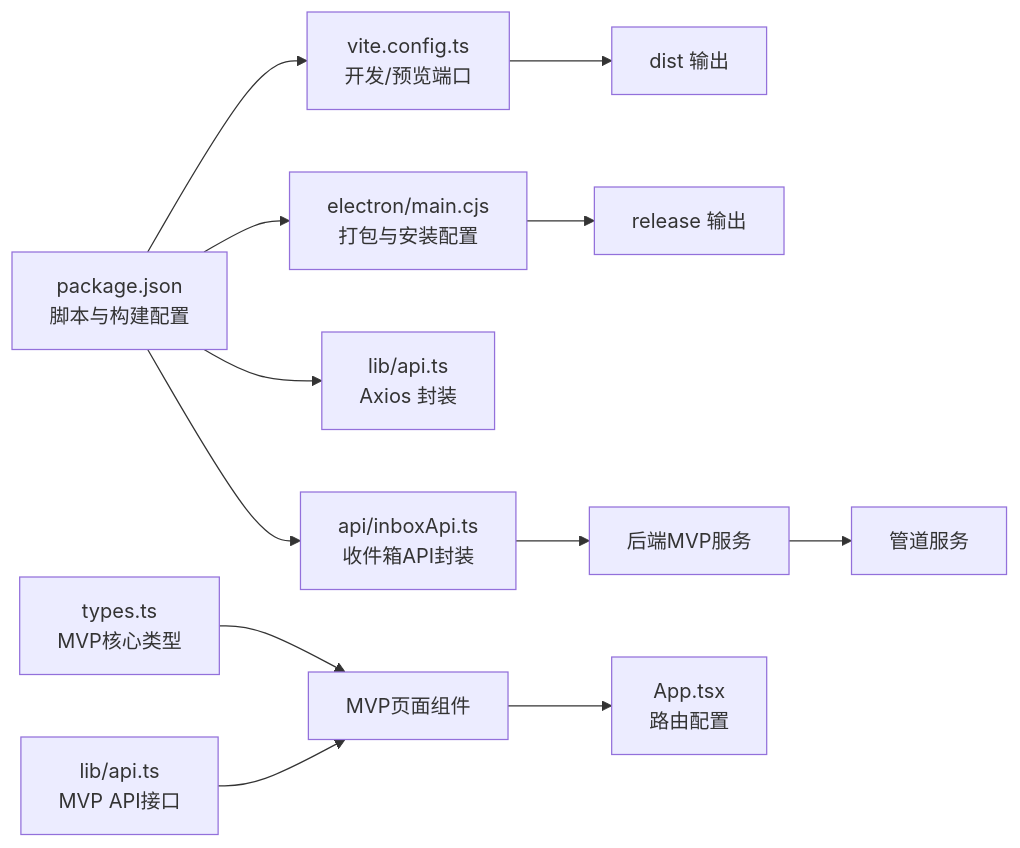
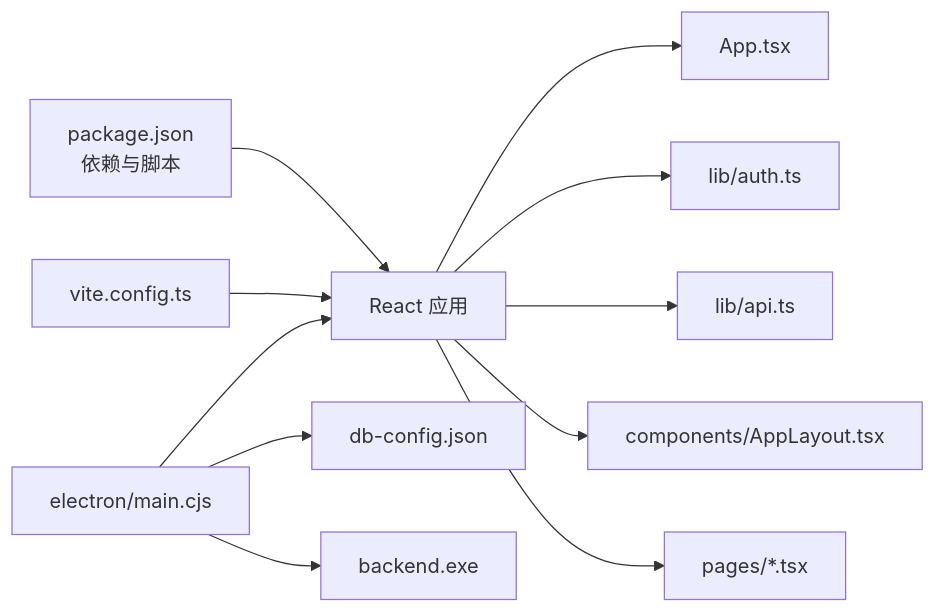
One commit to dream-ze/AI_huoke- changed the third of 3 diagrams in .qoder/repowiki/zh/content/前端应用架构/前端应用架构.md. Above: the diagram before and after it, drawn with Mermaid. The commit also changed other lines of this file and 95 other files, not shown here.

````diff
--- a/.qoder/repowiki/zh/content/前端应用架构/前端应用架构.md
+++ b/.qoder/repowiki/zh/content/前端应用架构/前端应用架构.md
@@ -738,14 +231,13 @@
 ```mermaid
 graph LR
-Pkg["package.json<br/>脚本与构建配置"] --> Vite["vite.config.ts<br/>开发/预览端口"]
-Pkg --> Electron["electron/main.cjs<br/>打包与安装配置"]
-Pkg --> Axios["lib/api.ts<br/>Axios 封装"]
-Pkg --> InboxApi["api/inboxApi.ts<br/>收件箱API封装"]
-Vite --> Build["dist 输出"]
-Electron --> Dist["release 输出"]
-Types["types.ts<br/>MVP核心类型"] --> Components["MVP页面组件"]
-API["lib/api.ts<br/>MVP API接口"] --> Components
-InboxApi --> BE_MVP["后端MVP服务"]
-BE_MVP --> BE_Pipeline["管道服务"]
-Components --> Router["App.tsx<br/>路由配置"]
+P["package.json<br/>依赖与脚本"] --> R["React 应用"]
+R --> A["App.tsx"]
+R --> L["lib/auth.ts"]
+R --> API["lib/api.ts"]
+R --> LYT["components/AppLayout.tsx"]
+R --> PG["pages/*.tsx"]
+E["electron/main.cjs"] --> R
+E --> CFG["db-config.json"]
+E --> BE["backend.exe"]
+V["vite.config.ts"] --> R
 ```
````
